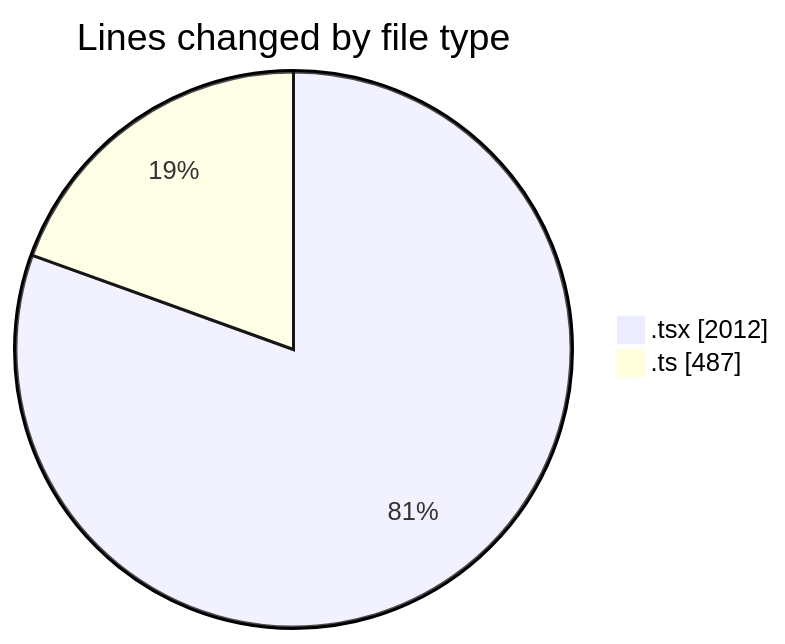
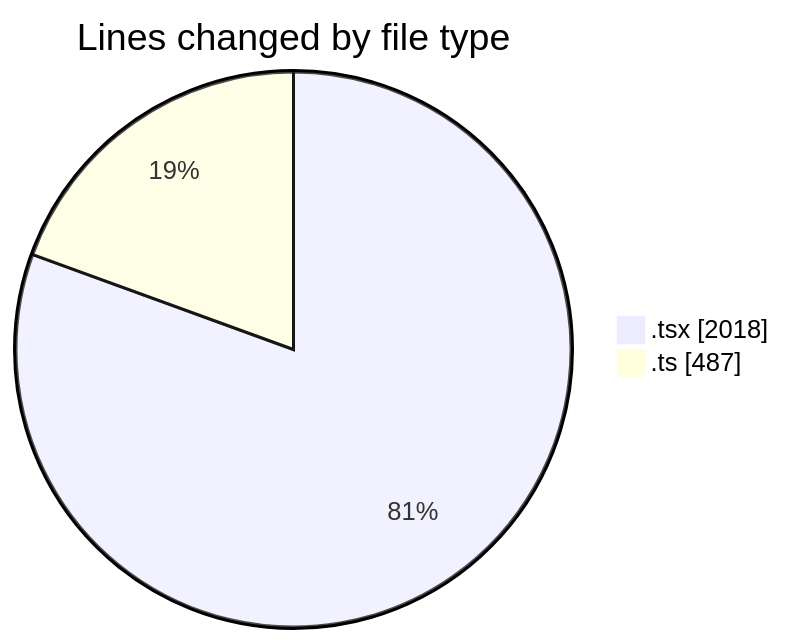
Before and after one commit to nxtqubesakshisongat/code-tracking: the first of 2 diagrams in 2026-03-31/nxtqube_webapp/README.md, drawn with Mermaid. The commit also changed other lines of this file and 1 other file, not shown here.

````diff
--- a/2026-03-31/nxtqube_webapp/README.md
+++ b/2026-03-31/nxtqube_webapp/README.md
@@ -23,6 +23,6 @@
 ```mermaid
 pie showData
 title Lines changed by file type
-".tsx" : 2012
+".tsx" : 2018
 ".ts" : 487
 ```
````
